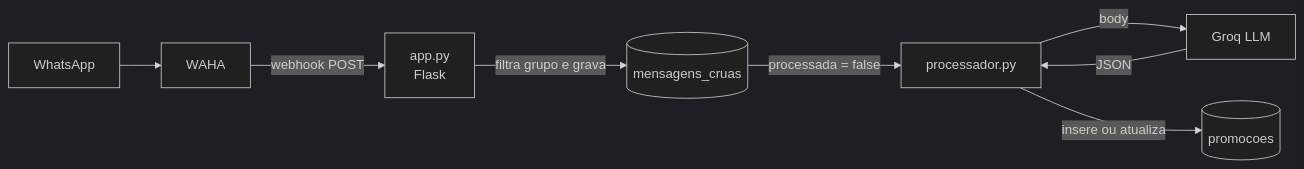
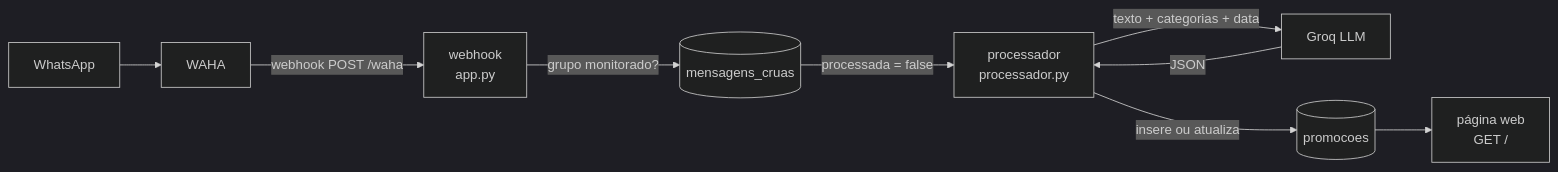
One commit to wgrahamr/promo-pipeline changed the first of 2 diagrams in README.md. Above: the diagram before and after it, drawn with Mermaid (dark theme). The commit also changed other lines of this file, not shown here.

````diff
--- a/README.md
+++ b/README.md
@@ -39,10 +94,11 @@
 ```mermaid
 flowchart LR
     W[WhatsApp] --> H[WAHA]
-    H -- webhook POST --> A[app.py<br/>Flask]
-    A -- filtra grupo e grava --> M[(mensagens_cruas)]
-    M -- processada = false --> P[processador.py]
-    P -- body --> G[Groq LLM]
-    G -- JSON --> P
-    P -- insere ou atualiza --> PR[(promocoes)]
+    H -- "webhook POST /waha" --> A["webhook<br/>app.py"]
+    A -- "grupo monitorado?" --> M[("mensagens_cruas")]
+    M -- "processada = false" --> P["processador<br/>processador.py"]
+    P -- "texto + categorias + data" --> G[Groq LLM]
+    G -- "JSON" --> P
+    P -- "insere ou atualiza" --> PR[("promocoes")]
+    PR --> S["página web<br/>GET /"]
 ```
````
